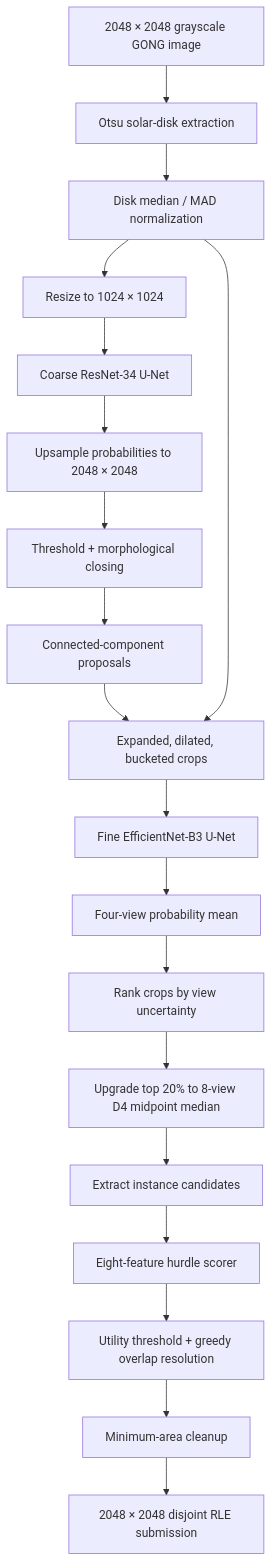
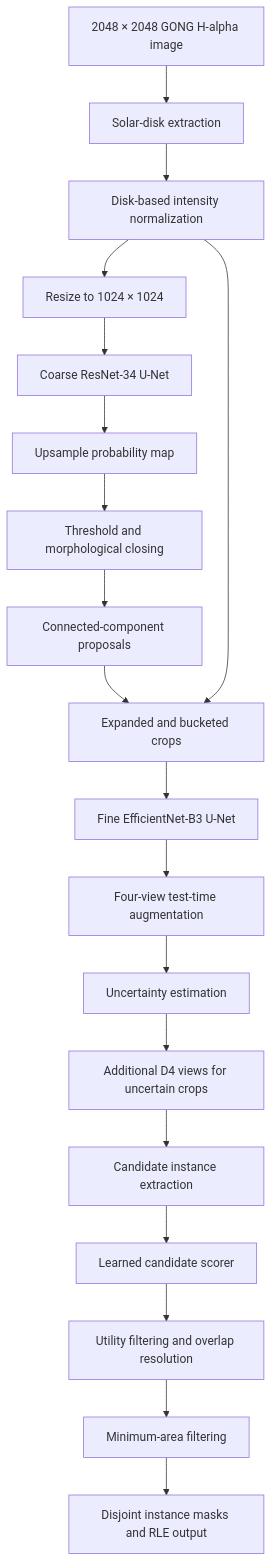
One commit to fanzzum/solarFilament changed the diagram in README.md. Above: the diagram before and after it, drawn with Mermaid. The commit also changed other lines of this file, not shown here.

````diff
--- a/README.md
+++ b/README.md
@@ -59,21 +61,21 @@
 ```mermaid
 flowchart TD
-    A[2048 × 2048 grayscale GONG image] --> B[Otsu solar-disk extraction]
-    B --> C[Disk median / MAD normalization]
+    A[2048 × 2048 GONG H-alpha image] --> B[Solar-disk extraction]
+    B --> C[Disk-based intensity normalization]
     C --> D[Resize to 1024 × 1024]
     D --> E[Coarse ResNet-34 U-Net]
-    E --> F[Upsample probabilities to 2048 × 2048]
-    F --> G[Threshold + morphological closing]
+    E --> F[Upsample probability map]
+    F --> G[Threshold and morphological closing]
     G --> H[Connected-component proposals]
-    H --> I[Expanded, dilated, bucketed crops]
+    H --> I[Expanded and bucketed crops]
     C --> I
     I --> J[Fine EfficientNet-B3 U-Net]
-    J --> K[Four-view probability mean]
-    K --> L[Rank crops by view uncertainty]
-    L --> M[Upgrade top 20% to 8-view D4 midpoint median]
-    M --> N[Extract instance candidates]
-    N --> O[Eight-feature hurdle scorer]
-    O --> P[Utility threshold + greedy overlap resolution]
-    P --> Q[Minimum-area cleanup]
-    Q --> R[2048 × 2048 disjoint RLE submission]
+    J --> K[Four-view test-time augmentation]
+    K --> L[Uncertainty estimation]
+    L --> M[Additional D4 views for uncertain crops]
+    M --> N[Candidate instance extraction]
+    N --> O[Learned candidate scorer]
+    O --> P[Utility filtering and overlap resolution]
+    P --> Q[Minimum-area filtering]
+    Q --> R[Disjoint instance masks and RLE output]
 ```
````
